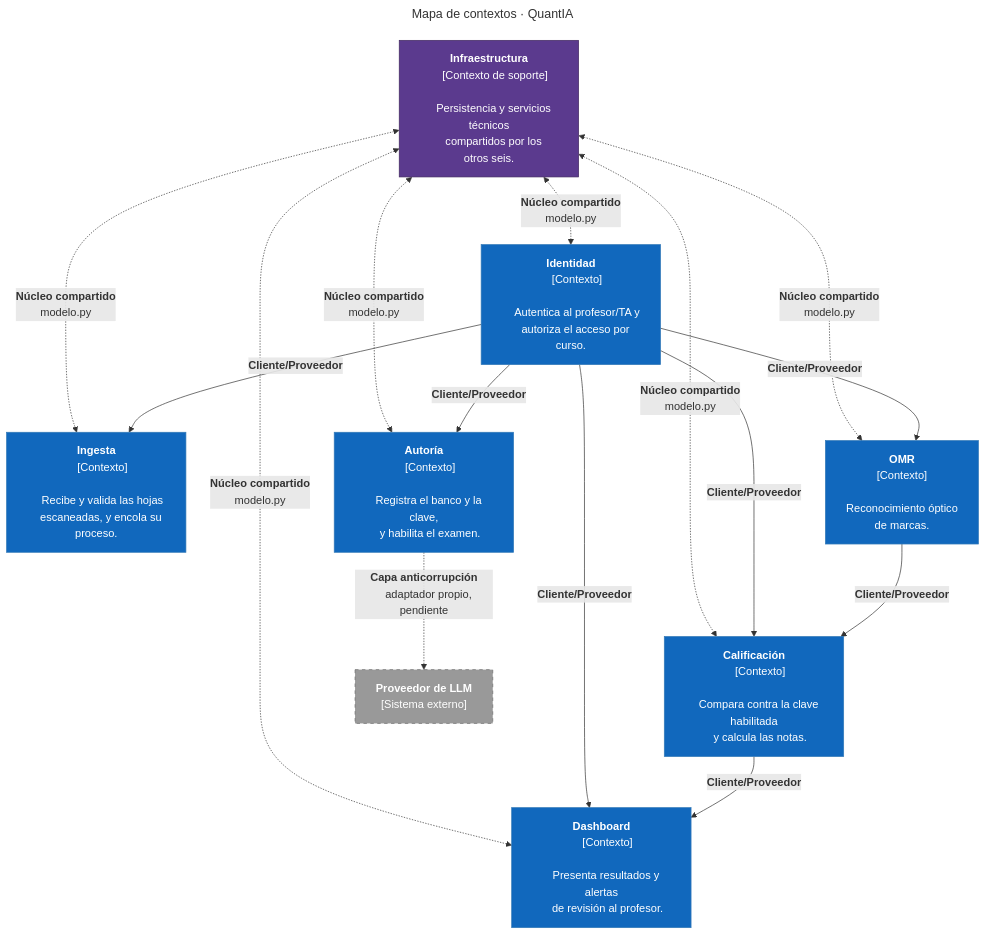
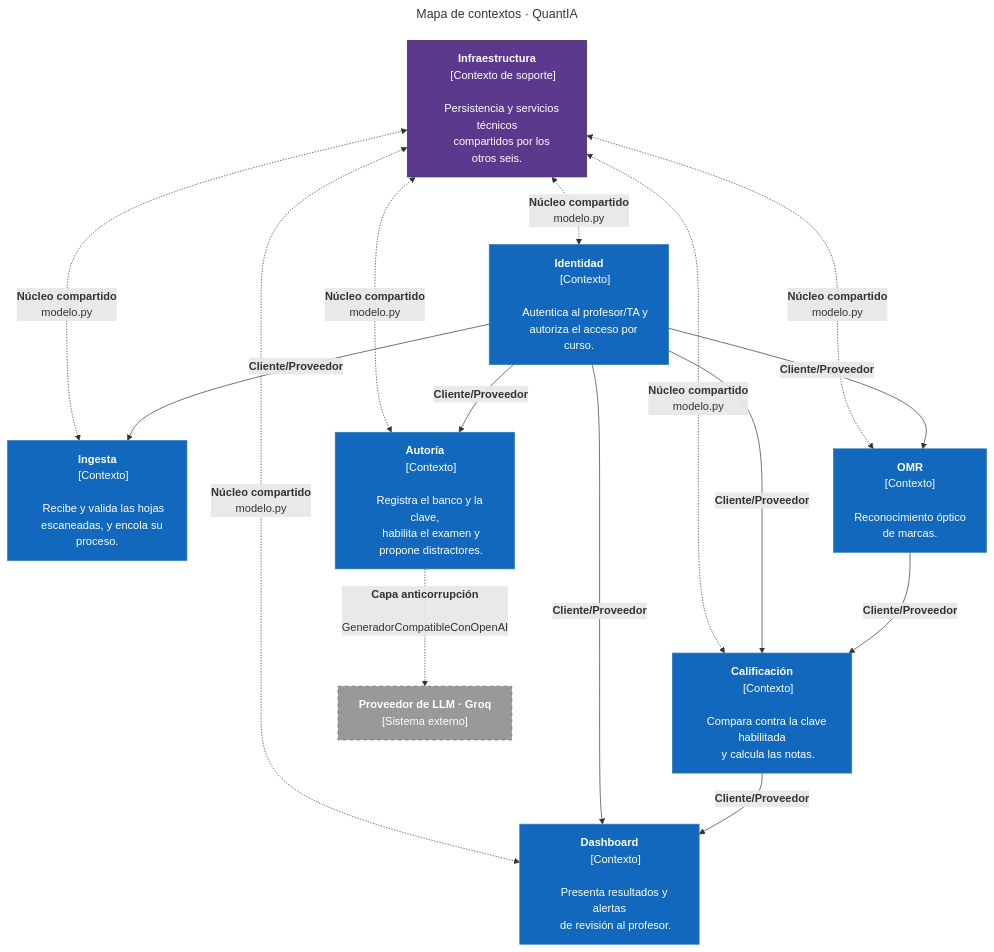
One commit to ISCOUTB/AS_202620_Sistema-de-calificacion-automatica changed the third of 3 diagrams in docs/arc42/arc42-template-ES.md. Above: the diagram before and after it, drawn with Mermaid. The commit also changed other lines of this file, not shown here.

```diff
--- a/docs/arc42/arc42-template-ES.md
+++ b/docs/arc42/arc42-template-ES.md
@@ -604,7 +644,8 @@
     [Contexto]
 
     Registra el banco y la clave,
-    y habilita el examen."]
+    habilita el examen y
+    propone distractores."]
 
     dashboard["<b>Dashboard</b>
     [Contexto]
@@ -618,7 +659,7 @@
     Persistencia y servicios técnicos
     compartidos por los otros seis."]
 
-    llm["<b>Proveedor de LLM</b>
+    llm["<b>Proveedor de LLM · Groq</b>
     [Sistema externo]"]
 
     infraestructura <-.->|"<b>Núcleo compartido</b>
@@ -644,7 +685,7 @@
     calificacion -->|"<b>Cliente/Proveedor</b>"| dashboard
 
     autoria -.->|"<b>Capa anticorrupción</b>
-    adaptador propio, pendiente"| llm
+    GeneradorCompatibleConOpenAI"| llm
 
     classDef contexto fill:#1168BD,stroke:#3379B7,color:#ffffff
     classDef soporte fill:#5B3A8E,stroke:#42295F,color:#ffffff
```
